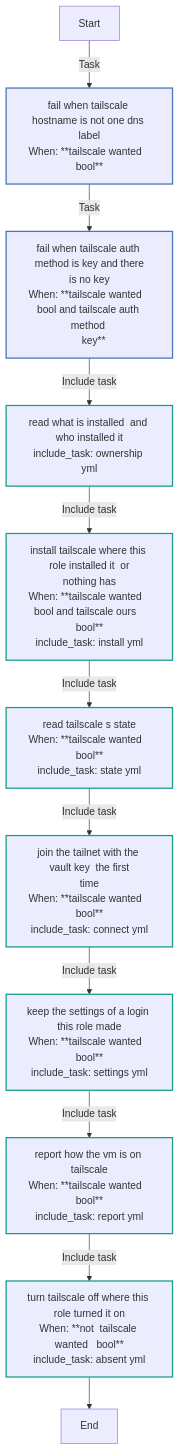
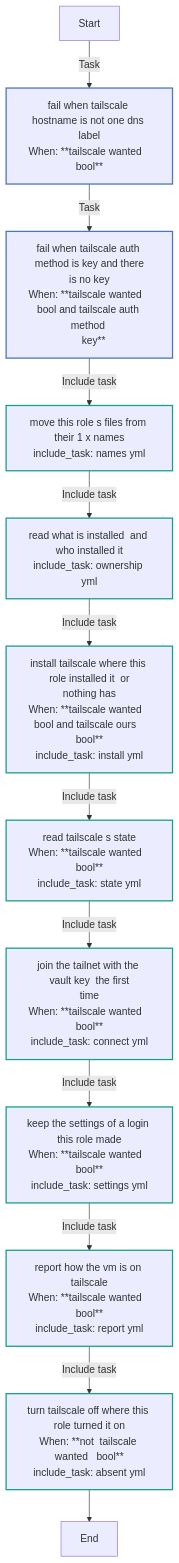
Before and after one commit to kawadeomkar/agent-warehouse: the first of 14 diagrams in docs/reference/roles/tailscale.md, drawn with Mermaid. The commit also changed other lines of this file and 29 other files, not shown here.

````diff
--- a/docs/reference/roles/tailscale.md
+++ b/docs/reference/roles/tailscale.md
@@ -193,23 +198,24 @@
 ```mermaid
 flowchart TD
 Start
 classDef block stroke:#3498db,stroke-width:2px;
 classDef task stroke:#4b76bb,stroke-width:2px;
 classDef includeTasks stroke:#16a085,stroke-width:2px;
 classDef importTasks stroke:#34495e,stroke-width:2px;
 classDef includeRole stroke:#2980b9,stroke-width:2px;
 classDef importRole stroke:#699ba7,stroke-width:2px;
 classDef includeVars stroke:#8e44ad,stroke-width:2px;
 classDef rescue stroke:#665352,stroke-width:2px;
 
   Start-->|Task| Fail_when_tailscale_hostname_is_not_one_DNS_label0[fail when tailscale hostname is not one dns label<br>When: **tailscale wanted   bool**]:::task
   Fail_when_tailscale_hostname_is_not_one_DNS_label0-->|Task| Fail_when_tailscale_auth_method_is_key_and_there_is_no_key1[fail when tailscale auth method is key and there<br>is no key<br>When: **tailscale wanted   bool and tailscale auth method <br>   key**]:::task
-  Fail_when_tailscale_auth_method_is_key_and_there_is_no_key1-->|Include task| Read_what_is_installed__and_who_installed_it_ownership_yml_2[read what is installed  and who installed it<br>include_task: ownership yml]:::includeTasks
-  Read_what_is_installed__and_who_installed_it_ownership_yml_2-->|Include task| Install_Tailscale_where_this_role_installed_it__or_nothing_has_install_yml_3[install tailscale where this role installed it  or<br>nothing has<br>When: **tailscale wanted   bool and tailscale ours   bool**<br>include_task: install yml]:::includeTasks
-  Install_Tailscale_where_this_role_installed_it__or_nothing_has_install_yml_3-->|Include task| Read_Tailscale_s_state_state_yml_4[read tailscale s state<br>When: **tailscale wanted   bool**<br>include_task: state yml]:::includeTasks
-  Read_Tailscale_s_state_state_yml_4-->|Include task| Join_the_tailnet_with_the_vault_key__the_first_time_connect_yml_5[join the tailnet with the vault key  the first<br>time<br>When: **tailscale wanted   bool**<br>include_task: connect yml]:::includeTasks
-  Join_the_tailnet_with_the_vault_key__the_first_time_connect_yml_5-->|Include task| Keep_the_settings_of_a_login_this_role_made_settings_yml_6[keep the settings of a login this role made<br>When: **tailscale wanted   bool**<br>include_task: settings yml]:::includeTasks
-  Keep_the_settings_of_a_login_this_role_made_settings_yml_6-->|Include task| Report_how_the_VM_is_on_Tailscale_report_yml_7[report how the vm is on tailscale<br>When: **tailscale wanted   bool**<br>include_task: report yml]:::includeTasks
-  Report_how_the_VM_is_on_Tailscale_report_yml_7-->|Include task| Turn_Tailscale_off_where_this_role_turned_it_on_absent_yml_8[turn tailscale off where this role turned it on<br>When: **not  tailscale wanted   bool**<br>include_task: absent yml]:::includeTasks
-  Turn_Tailscale_off_where_this_role_turned_it_on_absent_yml_8-->End
+  Fail_when_tailscale_auth_method_is_key_and_there_is_no_key1-->|Include task| Move_this_role_s_files_from_their_1_x_names_names_yml_2[move this role s files from their 1 x names<br>include_task: names yml]:::includeTasks
+  Move_this_role_s_files_from_their_1_x_names_names_yml_2-->|Include task| Read_what_is_installed__and_who_installed_it_ownership_yml_3[read what is installed  and who installed it<br>include_task: ownership yml]:::includeTasks
+  Read_what_is_installed__and_who_installed_it_ownership_yml_3-->|Include task| Install_Tailscale_where_this_role_installed_it__or_nothing_has_install_yml_4[install tailscale where this role installed it  or<br>nothing has<br>When: **tailscale wanted   bool and tailscale ours   bool**<br>include_task: install yml]:::includeTasks
+  Install_Tailscale_where_this_role_installed_it__or_nothing_has_install_yml_4-->|Include task| Read_Tailscale_s_state_state_yml_5[read tailscale s state<br>When: **tailscale wanted   bool**<br>include_task: state yml]:::includeTasks
+  Read_Tailscale_s_state_state_yml_5-->|Include task| Join_the_tailnet_with_the_vault_key__the_first_time_connect_yml_6[join the tailnet with the vault key  the first<br>time<br>When: **tailscale wanted   bool**<br>include_task: connect yml]:::includeTasks
+  Join_the_tailnet_with_the_vault_key__the_first_time_connect_yml_6-->|Include task| Keep_the_settings_of_a_login_this_role_made_settings_yml_7[keep the settings of a login this role made<br>When: **tailscale wanted   bool**<br>include_task: settings yml]:::includeTasks
+  Keep_the_settings_of_a_login_this_role_made_settings_yml_7-->|Include task| Report_how_the_VM_is_on_Tailscale_report_yml_8[report how the vm is on tailscale<br>When: **tailscale wanted   bool**<br>include_task: report yml]:::includeTasks
+  Report_how_the_VM_is_on_Tailscale_report_yml_8-->|Include task| Turn_Tailscale_off_where_this_role_turned_it_on_absent_yml_9[turn tailscale off where this role turned it on<br>When: **not  tailscale wanted   bool**<br>include_task: absent yml]:::includeTasks
+  Turn_Tailscale_off_where_this_role_turned_it_on_absent_yml_9-->End
 ```
````
